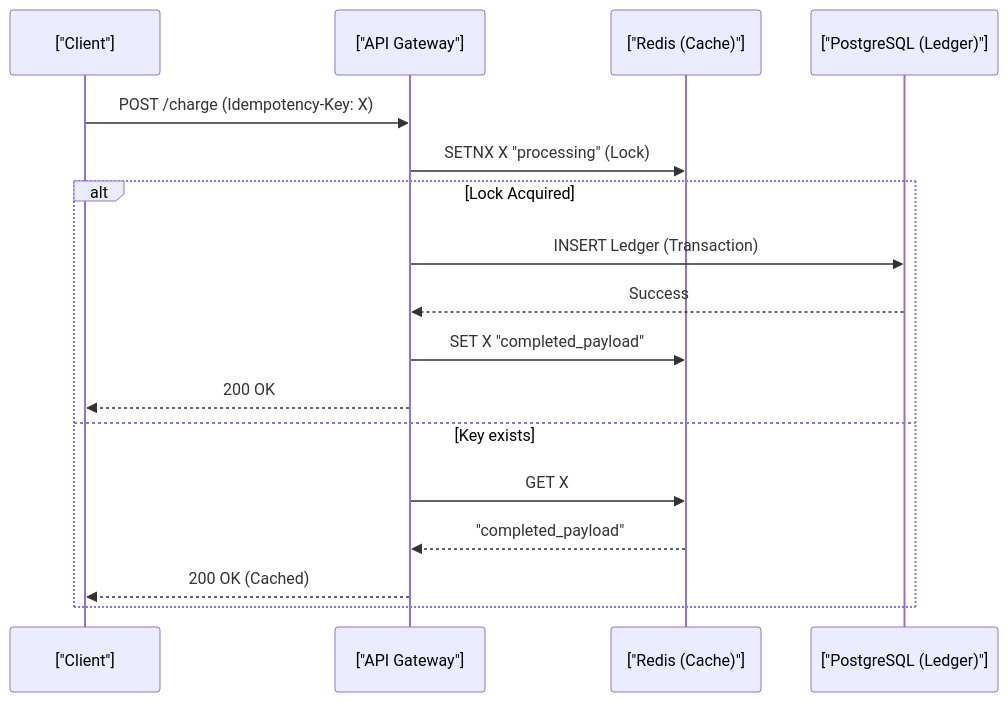
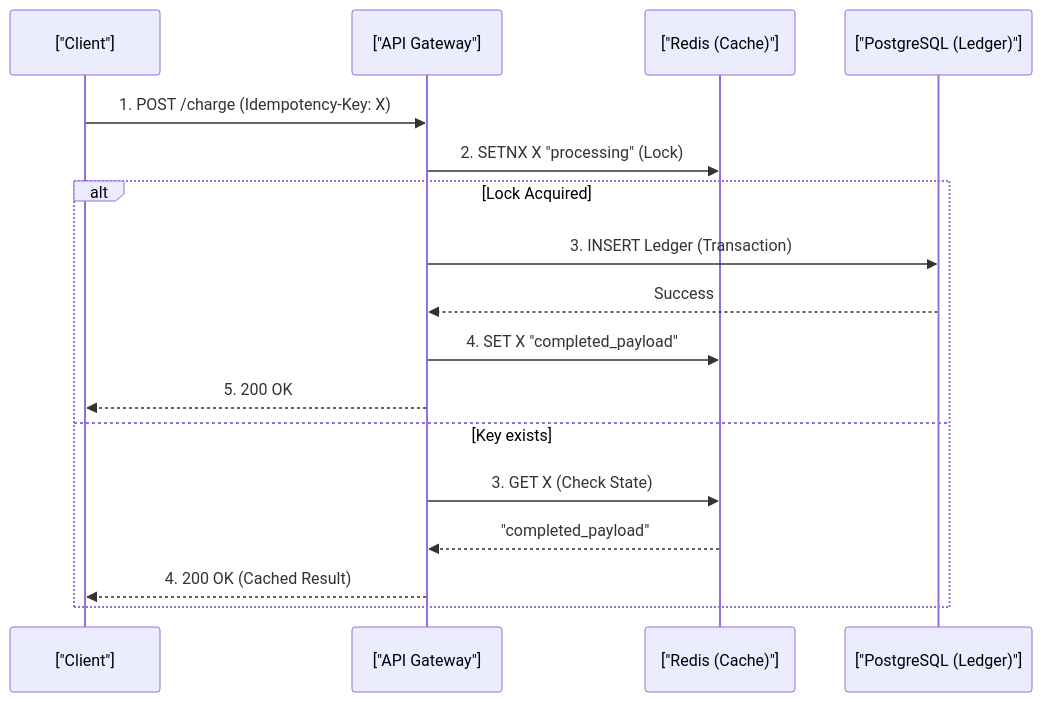
Before and after one commit to fazleyrabby/backend-engineering-mastery: the diagram in system-design/02_idempotency_financial_systems.md, drawn with Mermaid. The commit also changed other lines of this file and 15 other files, not shown here.

````diff
--- a/system-design/02_idempotency_financial_systems.md
+++ b/system-design/02_idempotency_financial_systems.md
@@ -24,20 +30,20 @@
 ```mermaid
 sequenceDiagram
     participant C as ["Client"]
     participant API as ["API Gateway"]
     participant R as ["Redis (Cache)"]
     participant DB as ["PostgreSQL (Ledger)"]
     
-    C->>API: POST /charge (Idempotency-Key: X)
-    API->>R: SETNX X "processing" (Lock)
+    C->>API: 1. POST /charge (Idempotency-Key: X)
+    API->>R: 2. SETNX X "processing" (Lock)
     alt Lock Acquired
-        API->>DB: INSERT Ledger (Transaction)
+        API->>DB: 3. INSERT Ledger (Transaction)
         DB-->>API: Success
-        API->>R: SET X "completed_payload"
-        API-->>C: 200 OK
+        API->>R: 4. SET X "completed_payload"
+        API-->>C: 5. 200 OK
     else Key exists
-        API->>R: GET X
+        API->>R: 3. GET X (Check State)
         R-->>API: "completed_payload"
-        API-->>C: 200 OK (Cached)
+        API-->>C: 4. 200 OK (Cached Result)
     end
 ```
````
